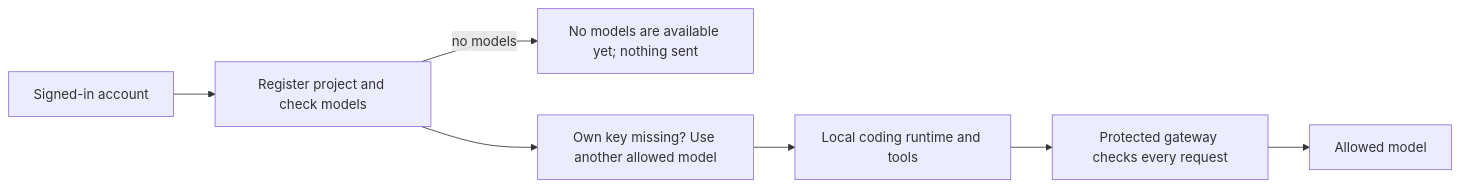
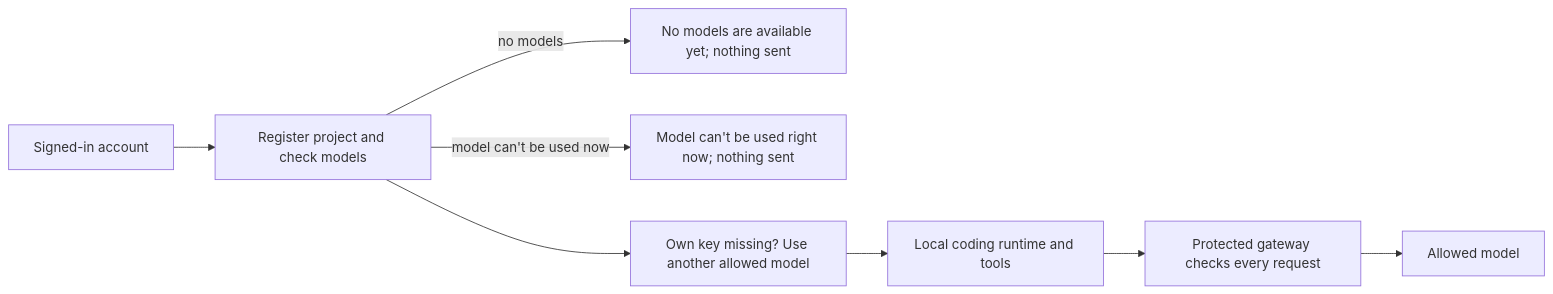
Before and after one commit to OsamaFelFel/keeplane: the diagram in docs/guide/cli-coding.md, drawn with Mermaid. The commit also changed other lines of this file and 11 other files, not shown here.

First line of the commit message:
fix(runtime): stop a task when its class-approved model can't be used

````diff
--- a/docs/guide/cli-coding.md
+++ b/docs/guide/cli-coding.md
@@ -45,9 +57,10 @@
 ```mermaid
 flowchart LR
   Profile[Signed-in account] --> Check[Register project and check models]
   Check -->|no models| Stop[No models are available yet; nothing sent]
+  Check -->|model can't be used now| Stop2[Model can't be used right now; nothing sent]
   Check --> Choice[Own key missing? Use another allowed model]
   Choice --> Local[Local coding runtime and tools]
   Local --> Gateway[Protected gateway checks every request]
   Gateway --> Model[Allowed model]
 ```
````
